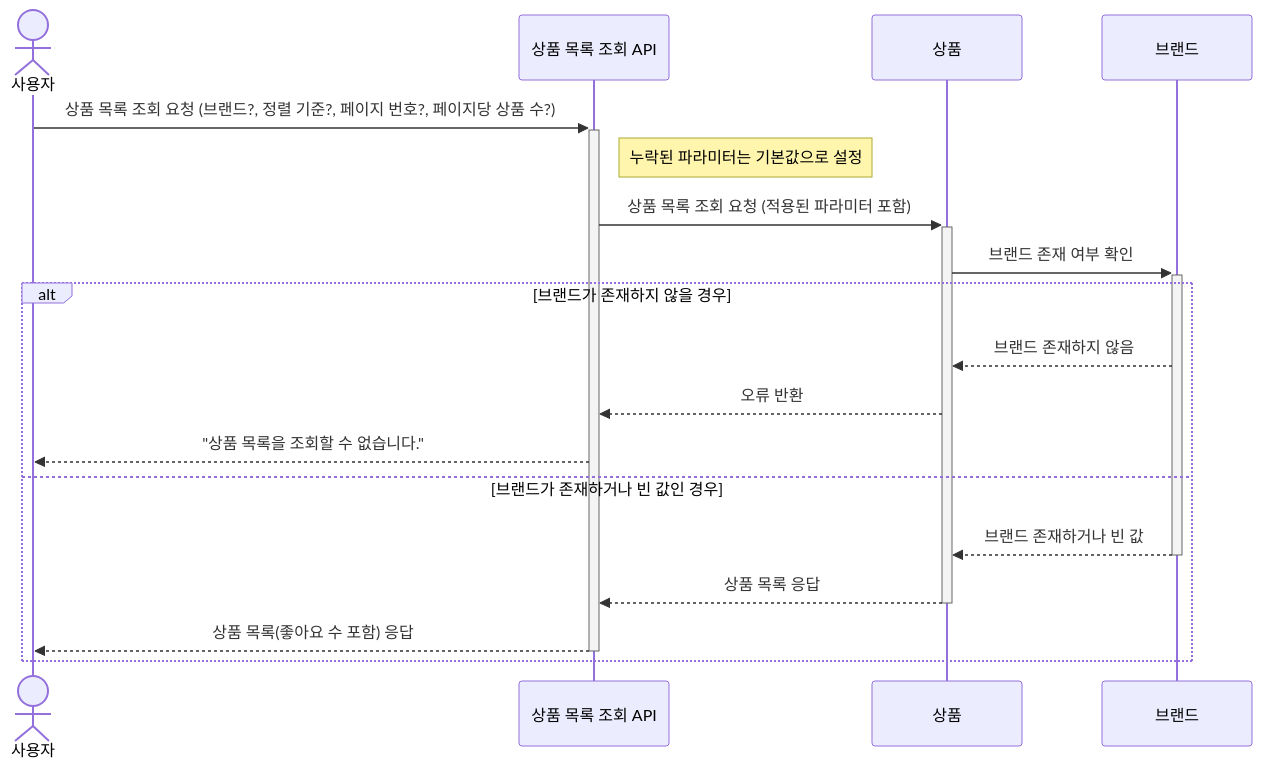
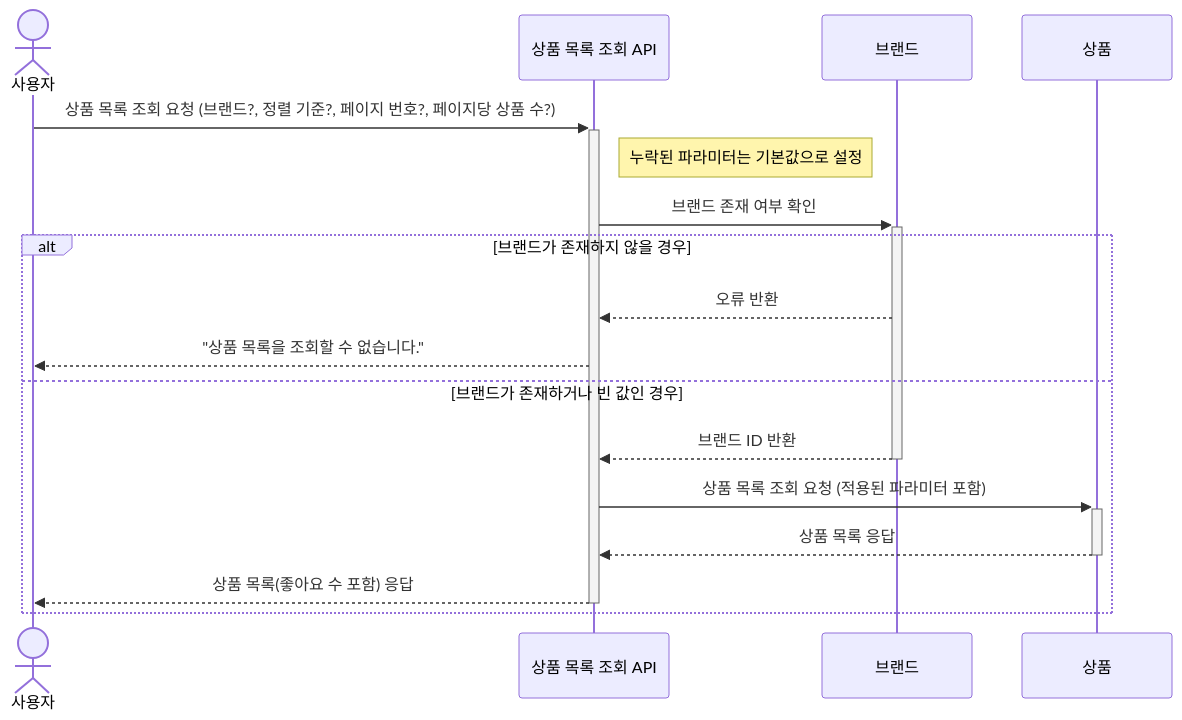
One commit to kodonghee/loopers-e-commerce changed the first of 8 diagrams in docs/design/02-sequence-diagrams.md. Above: the diagram before and after it, drawn with Mermaid. The commit also changed other lines of this file, not shown here.

Commit message:
fix: 시퀀스 다이어그램 - 구조 변경

````diff
--- a/docs/design/02-sequence-diagrams.md
+++ b/docs/design/02-sequence-diagrams.md
@@ -3,23 +3,22 @@
 ```mermaid
 sequenceDiagram
     actor 사용자
     participant 상품 목록 조회 API
+    participant 브랜드
     participant 상품
-    participant 브랜드
 
     사용자->>+상품 목록 조회 API: 상품 목록 조회 요청 (브랜드?, 정렬 기준?, 페이지 번호?, 페이지당 상품 수?)
     Note right of 상품 목록 조회 API: 누락된 파라미터는 기본값으로 설정
 
-    상품 목록 조회 API->>+상품: 상품 목록 조회 요청 (적용된 파라미터 포함)
-
-    상품->>+브랜드: 브랜드 존재 여부 확인
+    상품 목록 조회 API->>+브랜드: 브랜드 존재 여부 확인
+    
     alt 브랜드가 존재하지 않을 경우
-        브랜드-->>상품: 브랜드 존재하지 않음
-        상품-->>상품 목록 조회 API: 오류 반환
+        브랜드-->>상품 목록 조회 API: 오류 반환
         상품 목록 조회 API-->>사용자: "상품 목록을 조회할 수 없습니다."
     else 브랜드가 존재하거나 빈 값인 경우
-        브랜드-->>-상품: 브랜드 존재하거나 빈 값
+        브랜드-->>-상품 목록 조회 API: 브랜드 ID 반환
+        상품 목록 조회 API->>+상품: 상품 목록 조회 요청 (적용된 파라미터 포함)
         상품-->>-상품 목록 조회 API: 상품 목록 응답
         상품 목록 조회 API-->>-사용자: 상품 목록(좋아요 수 포함) 응답
     end
 ```
````
